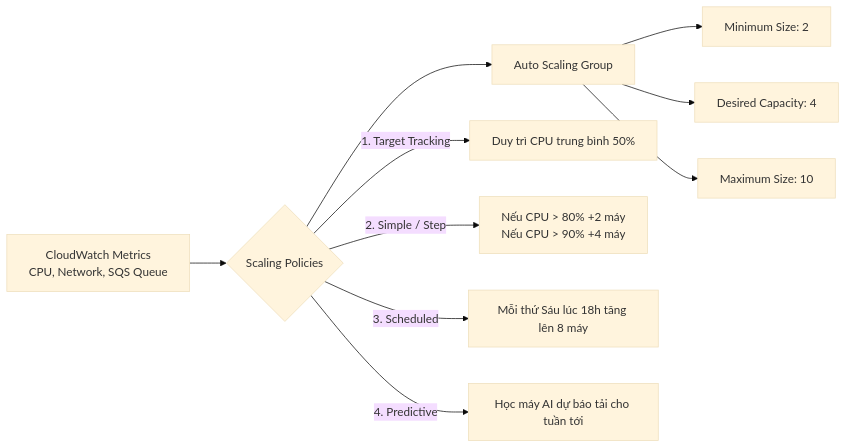
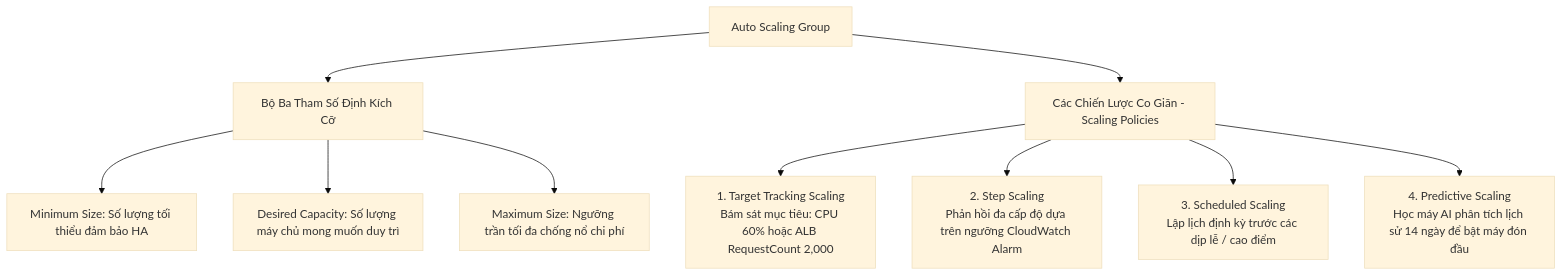
One commit to nhatphanhk/AWS_XBrain_Note changed the third of 5 diagrams in AWS_Services/ELB_and_ASG_High_Availability.md. Above: the diagram before and after it, drawn with Mermaid (base theme). The commit also changed other lines of this file and 15 other files, not shown here.

````diff
--- a/AWS_Services/ELB_and_ASG_High_Availability.md
+++ b/AWS_Services/ELB_and_ASG_High_Availability.md
@@ -80,15 +114,13 @@
 ```mermaid
-graph LR
-    ASG[Auto Scaling Group] --> Min[Minimum Size: 2]
-    ASG --> Desired[Desired Capacity: 4]
-    ASG --> Max[Maximum Size: 10]
-    
-    Metrics[CloudWatch Metrics\nCPU, Network, SQS Queue] --> Policies{Scaling Policies}
-    
-    Policies -->|1. Target Tracking| TT[Duy trì CPU trung bình 50%]
-    Policies -->|2. Simple / Step| SS[Nếu CPU > 80% +2 máy\nNếu CPU > 90% +4 máy]
-    Policies -->|3. Scheduled| SC[Mỗi thứ Sáu lúc 18h tăng lên 8 máy]
-    Policies -->|4. Predictive| PR[Học máy AI dự báo tải cho tuần tới]
-    
-    Policies --> ASG
+flowchart TD
+    ASG[Auto Scaling Group] --> Cap[Bộ Ba Tham Số Định Kích Cỡ]
+    Cap --> Min[Minimum Size: Số lượng tối thiểu đảm bảo HA]
+    Cap --> Desired[Desired Capacity: Số lượng máy chủ mong muốn duy trì]
+    Cap --> Max[Maximum Size: Ngưỡng trần tối đa chống nổ chi phí]
+
+    ASG --> Policies[Các Chiến Lược Co Giãn - Scaling Policies]
+    Policies --> P1[1. Target Tracking Scaling\nBám sát mục tiêu: CPU 60% hoặc ALB RequestCount 2,000]
+    Policies --> P2[2. Step Scaling\nPhản hồi đa cấp độ dựa trên ngưỡng CloudWatch Alarm]
+    Policies --> P3[3. Scheduled Scaling\nLập lịch định kỳ trước các dịp lễ / cao điểm]
+    Policies --> P4[4. Predictive Scaling\nHọc máy AI phân tích lịch sử 14 ngày để bật máy đón đầu]
 ```
````
